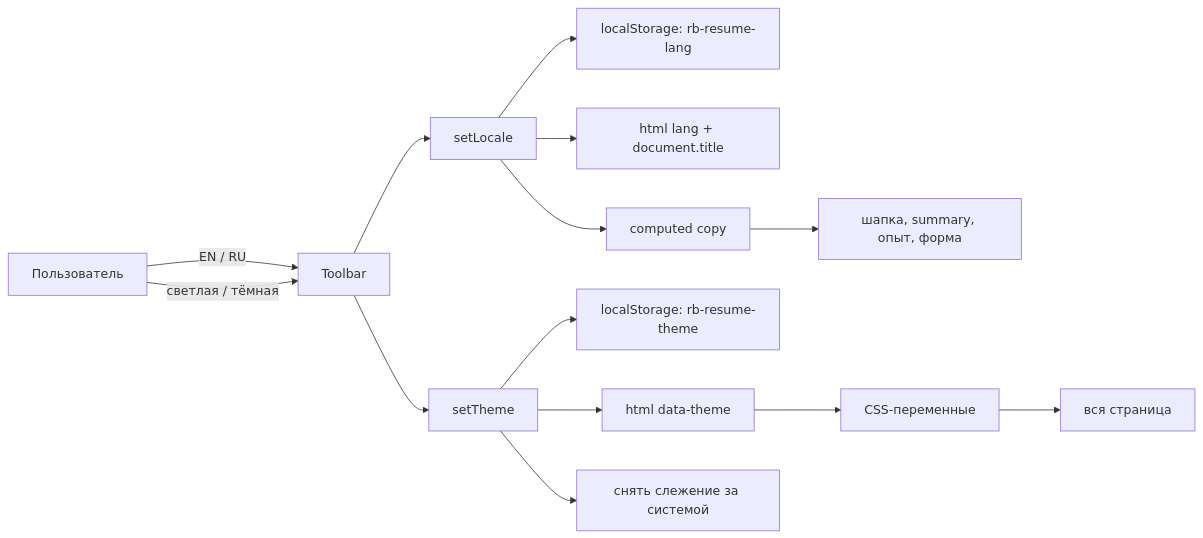
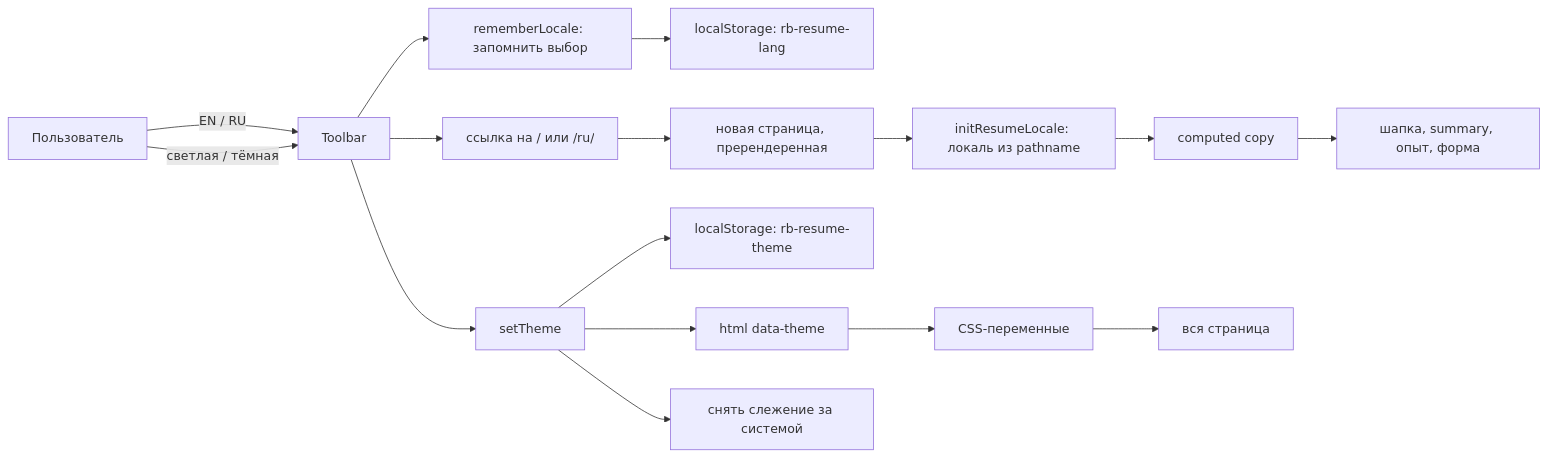
Before and after one commit to rbarakhvostov/rbarakhvostov-cv-vue: the second of 2 diagrams in README.md, drawn with Mermaid. The commit also changed other lines of this file and 41 other files, not shown here.

````diff
--- a/README.md
+++ b/README.md
@@ -165,20 +206,22 @@
 ```mermaid
 flowchart LR
   User["Пользователь"] -->|"EN / RU"| Toolbar
   User -->|"светлая / тёмная"| Toolbar
 
-  Toolbar --> setLocale["setLocale"]
+  Toolbar --> Link["ссылка на / или /ru/"]
   Toolbar --> setTheme["setTheme"]
 
-  setLocale --> LS1["localStorage: rb-resume-lang"]
-  setLocale --> HtmlLang["html lang + document.title"]
-  setLocale --> Copy["computed copy"]
+  Toolbar --> Remember["rememberLocale: запомнить выбор"]
+  Remember --> LS1["localStorage: rb-resume-lang"]
+  Link --> Reload["новая страница, пререндеренная"]
+  Reload --> InitLocale["initResumeLocale: локаль из pathname"]
+  InitLocale --> Copy["computed copy"]
 
   setTheme --> LS2["localStorage: rb-resume-theme"]
   setTheme --> HtmlTheme["html data-theme"]
   setTheme --> Unwatch["снять слежение за системой"]
   HtmlTheme --> Tokens["CSS-переменные"]
 
   Copy --> Header["шапка, summary, опыт, форма"]
   Tokens --> Page["вся страница"]
 ```
````
